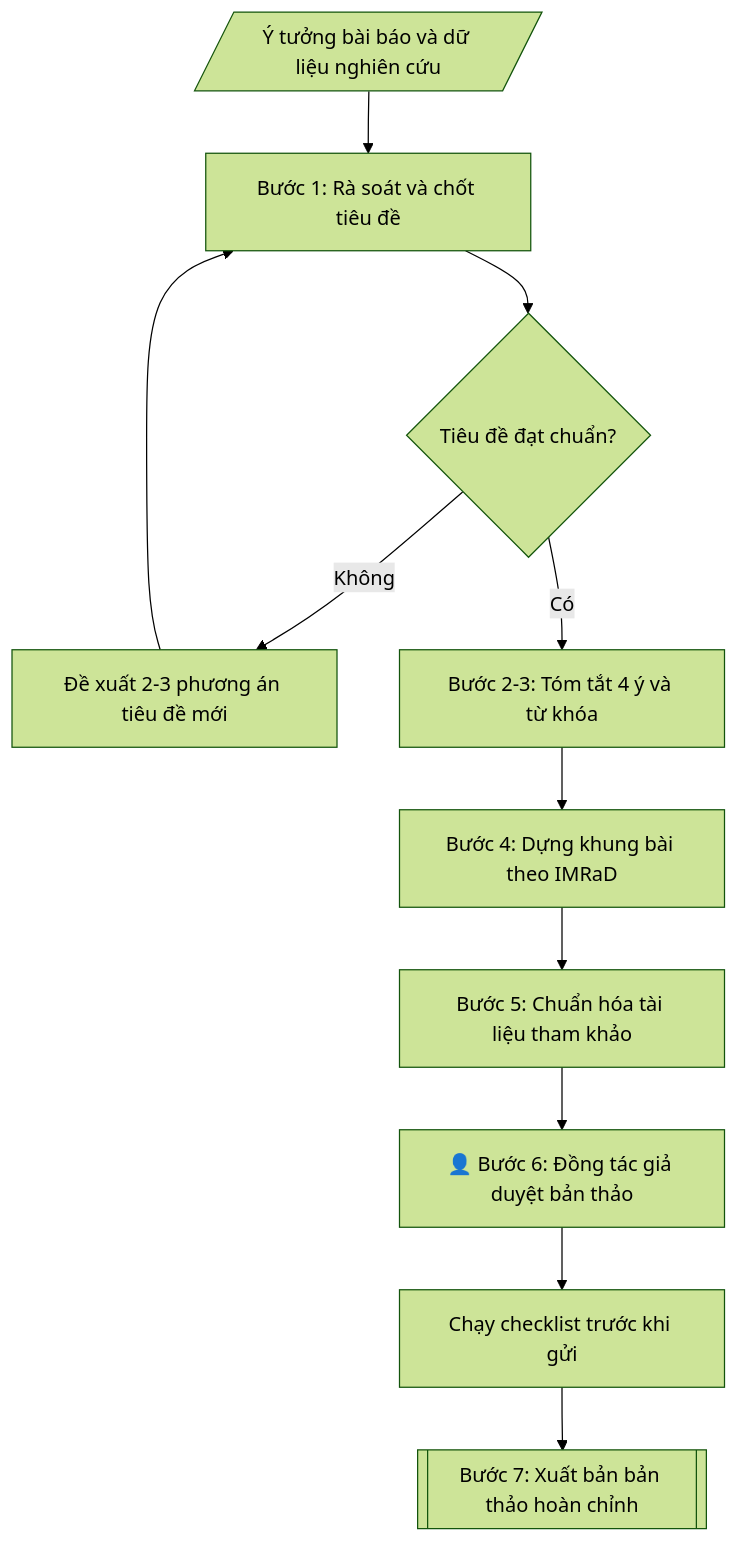
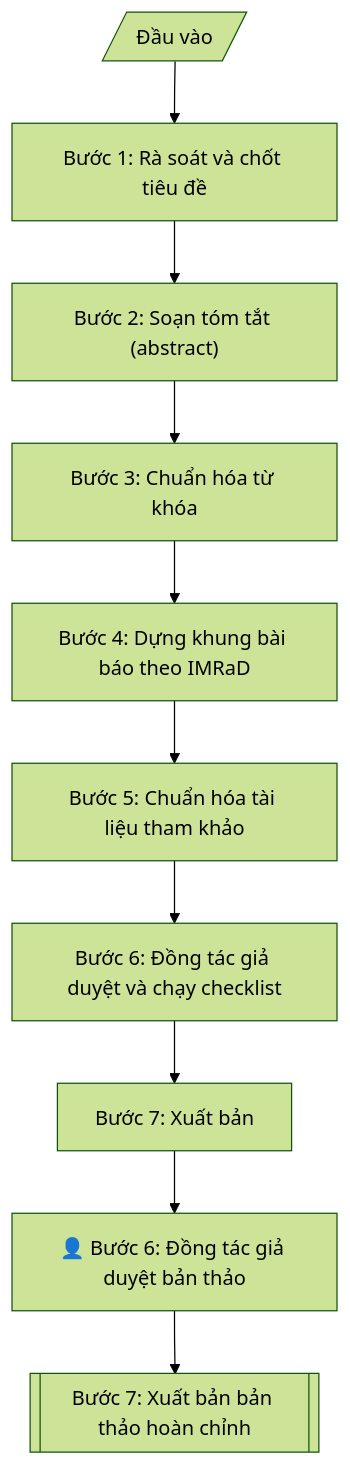
One commit to phamtruong91/dh-skills changed the diagram in skills/cau-truc-bai-bao-khoa-hoc/SKILL.md. Above: the diagram before and after it, drawn with Mermaid (forest theme). The commit also changed 124 other files, not shown here.

````diff
--- a/skills/cau-truc-bai-bao-khoa-hoc/SKILL.md
+++ b/skills/cau-truc-bai-bao-khoa-hoc/SKILL.md
@@ -97,13 +97,12 @@
 ```mermaid
 flowchart TD
-    IN[/Ý tưởng bài báo và dữ liệu nghiên cứu/] --> A["Bước 1: Rà soát và chốt tiêu đề"]
-    A --> B{"Tiêu đề đạt chuẩn?"}
-    B -->|Không| C["Đề xuất 2-3 phương án tiêu đề mới"]
-    C --> A
-    B -->|Có| D["Bước 2-3: Tóm tắt 4 ý và từ khóa"]
-    D --> E["Bước 4: Dựng khung bài theo IMRaD"]
-    E --> F["Bước 5: Chuẩn hóa tài liệu tham khảo"]
-    F --> HG["👤 Bước 6: Đồng tác giả duyệt bản thảo"]
-    HG --> H["Chạy checklist trước khi gửi"]
-    H --> Z[["Bước 7: Xuất bản bản thảo hoàn chỉnh"]]
+    IN[/"Đầu vào"/] --> B1["Bước 1: Rà soát và chốt tiêu đề"]
+    B1 --> B2["Bước 2: Soạn tóm tắt (abstract)"]
+    B2 --> B3["Bước 3: Chuẩn hóa từ khóa"]
+    B3 --> B4["Bước 4: Dựng khung bài báo theo IMRaD"]
+    B4 --> B5["Bước 5: Chuẩn hóa tài liệu tham khảo"]
+    B5 --> B6["Bước 6: Đồng tác giả duyệt và chạy checklist"]
+    B6 --> B7["Bước 7: Xuất bản"]
+    B7 --> HG["👤 Bước 6: Đồng tác giả duyệt bản thảo"]
+    HG --> OUT[["Bước 7: Xuất bản bản thảo hoàn chỉnh"]]
 ```
````
